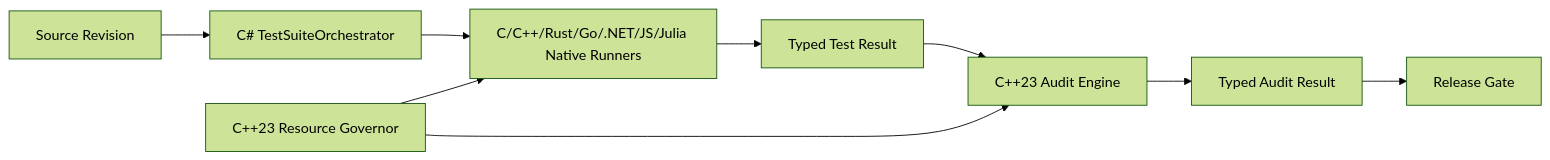
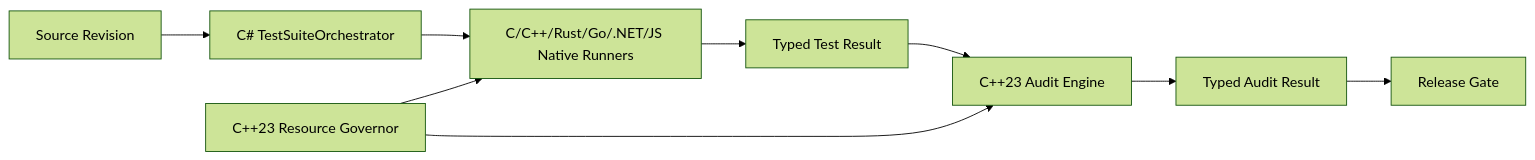
Before and after one commit to guilty442-source/GPTBridge: the eighth of 9 diagrams in governance_rule/codex/architecture-project.md, drawn with Mermaid (forest theme). The commit also changed other lines of this file and 92 other files, not shown here.

````diff
--- a/governance_rule/codex/architecture-project.md
+++ b/governance_rule/codex/architecture-project.md
@@ -157,11 +164,11 @@
 ```mermaid
 flowchart LR
   SRC[Source Revision] --> CSHARP[C# TestSuiteOrchestrator]
-  CSHARP --> NATIVE[C/C++/Rust/Go/.NET/JS/Julia Native Runners]
+  CSHARP --> NATIVE[C/C++/Rust/Go/.NET/JS Native Runners]
   NATIVE --> TEST[Typed Test Result]
   TEST --> CPP[C++23 Audit Engine]
   CPP --> AUDIT[Typed Audit Result]
   AUDIT --> GATE[Release Gate]
   GOV[C++23 Resource Governor] --> NATIVE
   GOV --> CPP
 ```
````
